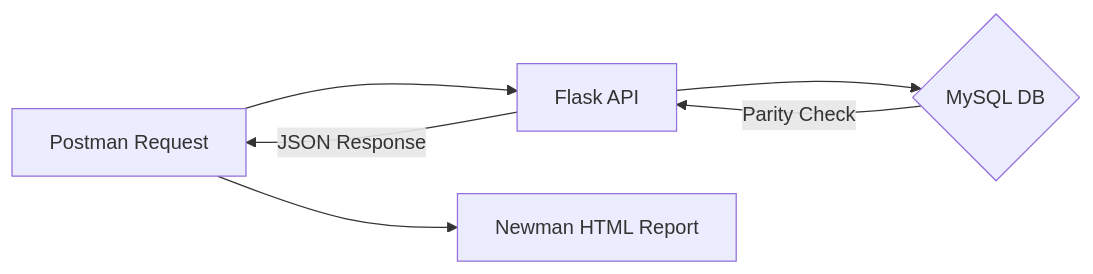
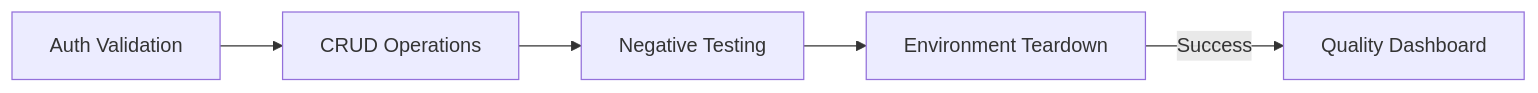
The diagram in 02_Technical_Docs/SecurePay_SOP.md (thedatafae/documentation-architecture), drawn with Mermaid before and after one commit. The commit also changed other lines of this file, not shown here.

````diff
--- a/02_Technical_Docs/SecurePay_SOP.md
+++ b/02_Technical_Docs/SecurePay_SOP.md
@@ -1,8 +14,7 @@
-``` mermaid
+```mermaid
 graph LR
-    A[Postman Request] --> B[Flask API]
-    B --> C{MySQL DB}
-    C -->|Parity Check| B
-    B -->|JSON Response| A
-    A --> D[Newman HTML Report]
+    A[Auth Validation] --> B[CRUD Operations]
+    B --> C[Negative Testing]
+    C --> D[Environment Teardown]
+    D -->|Success| E[Quality Dashboard]
 ```
````
